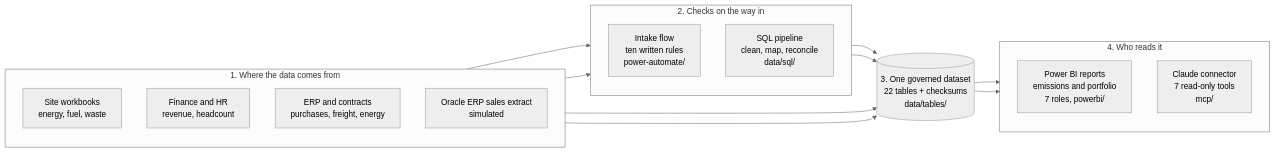
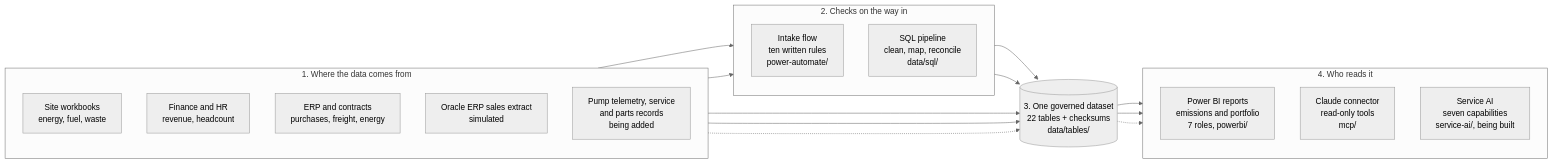
Before and after one commit to voneeci/fjordvik: the diagram in README.md, drawn with Mermaid (neutral theme). The commit also changed other lines of this file, not shown here.

First line of the commit message:
README: Fjordvik in five parts, with the seven service AI capabilities

````diff
--- a/README.md
+++ b/README.md
@@ -55,27 +102,31 @@
 ```mermaid
 flowchart LR
     subgraph IN["1. Where the data comes from"]
         direction TB
         A["Site workbooks<br/>energy, fuel, waste"]
         B["Finance and HR<br/>revenue, headcount"]
         C["ERP and contracts<br/>purchases, freight, energy"]
         D["Oracle ERP sales extract<br/>simulated"]
+        S["Pump telemetry, service<br/>and parts records<br/>being added"]
     end
     subgraph CHECK["2. Checks on the way in"]
         direction TB
         E["Intake flow<br/>ten written rules<br/>power-automate/"]
         F["SQL pipeline<br/>clean, map, reconcile<br/>data/sql/"]
     end
     G[("3. One governed dataset<br/>22 tables + checksums<br/>data/tables/")]
     subgraph OUT["4. Who reads it"]
         direction TB
         H["Power BI reports<br/>emissions and portfolio<br/>7 roles, powerbi/"]
-        I["Claude connector<br/>7 read-only tools<br/>mcp/"]
+        I["Claude connector<br/>read-only tools<br/>mcp/"]
+        J["Service AI<br/>seven capabilities<br/>service-ai/, being built"]
     end
     A --> E --> G
     B --> G
     C --> G
     D --> F --> G
+    S -.-> G
     G --> H
     G --> I
+    G -.-> J
 ```
````
